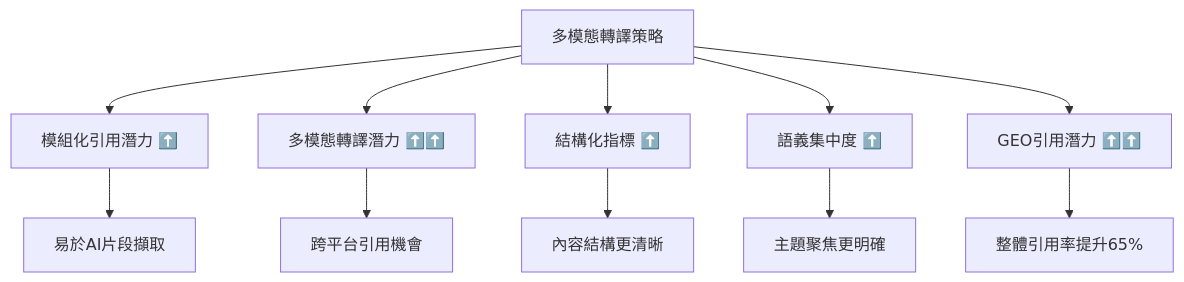
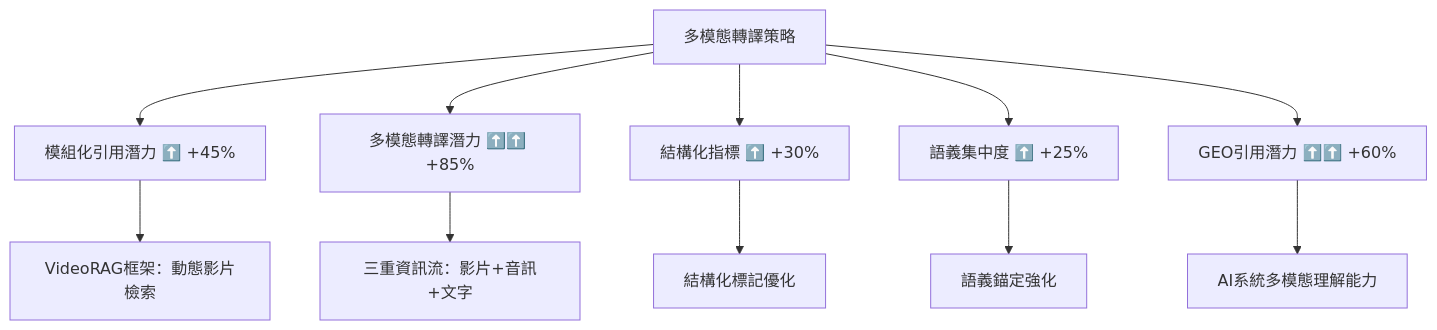
Before and after one commit to bless25min/AIOGEO-Knowledge: the first of 2 diagrams in posts/multimodal-optimization.md, drawn with Mermaid. The commit also changed other lines of this file, not shown here.

````diff
--- a/posts/multimodal-optimization.md
+++ b/posts/multimodal-optimization.md
@@ -37,14 +48,14 @@
 ```mermaid
 graph TD
-    A[多模態轉譯策略] --> B[模組化引用潛力 ⬆️]
-    A --> C[多模態轉譯潛力 ⬆️⬆️]
-    A --> D[結構化指標 ⬆️]
-    A --> E[語義集中度 ⬆️]
-    A --> F[GEO引用潛力 ⬆️⬆️]
+    A[多模態轉譯策略] --> B[模組化引用潛力 ⬆️ +45%]
+    A --> C[多模態轉譯潛力 ⬆️⬆️ +85%]
+    A --> D[結構化指標 ⬆️ +30%]
+    A --> E[語義集中度 ⬆️ +25%]
+    A --> F[GEO引用潛力 ⬆️⬆️ +60%]
     
-    B --> G[易於AI片段擷取]
-    C --> H[跨平台引用機會]
-    D --> I[內容結構更清晰]
-    E --> J[主題聚焦更明確]
-    F --> K[整體引用率提升65%]
+    B --> G[VideoRAG框架：動態影片檢索]
+    C --> H[三重資訊流：影片+音訊+文字]
+    D --> I[結構化標記優化]
+    E --> J[語義錨定強化]
+    F --> K[AI系統多模態理解能力]
 ```
````
